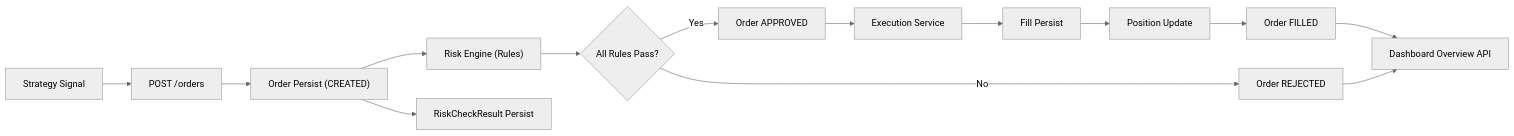
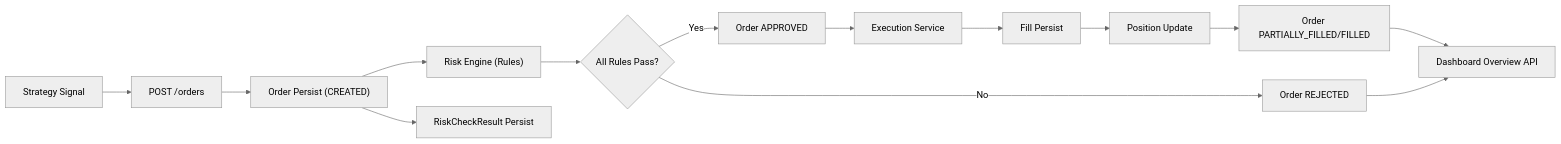
One commit to Bonchang/quant-execution-risk-platform changed the diagram in README.md. Above: the diagram before and after it, drawn with Mermaid (neutral theme). The commit also changed other lines of this file and 12 other files, not shown here.

````diff
--- a/README.md
+++ b/README.md
@@ -93,16 +94,16 @@
 ```mermaid
 flowchart LR
     A["Strategy Signal"] --> B["POST /orders"]
     B --> C["Order Persist (CREATED)"]
     C --> D["Risk Engine (Rules)"]
     D --> E{"All Rules Pass?"}
     E -->|No| F["Order REJECTED"]
     E -->|Yes| G["Order APPROVED"]
     G --> H["Execution Service"]
     H --> I["Fill Persist"]
     I --> J["Position Update"]
-    J --> K["Order FILLED"]
+    J --> K["Order PARTIALLY_FILLED/FILLED"]
     C --> L["RiskCheckResult Persist"]
     K --> M["Dashboard Overview API"]
     F --> M
 ```
````
